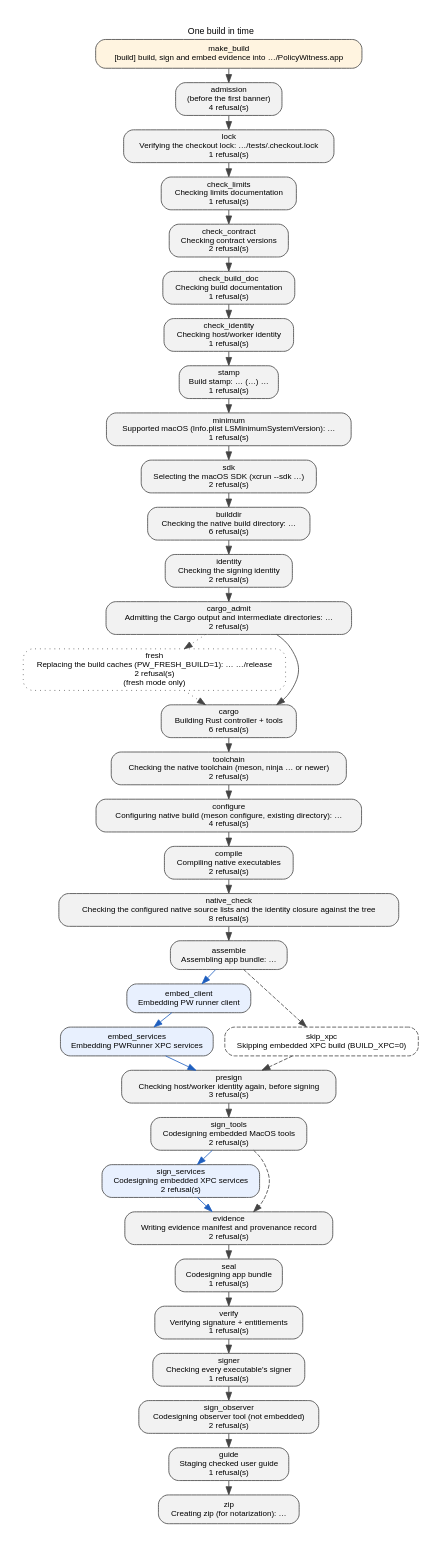
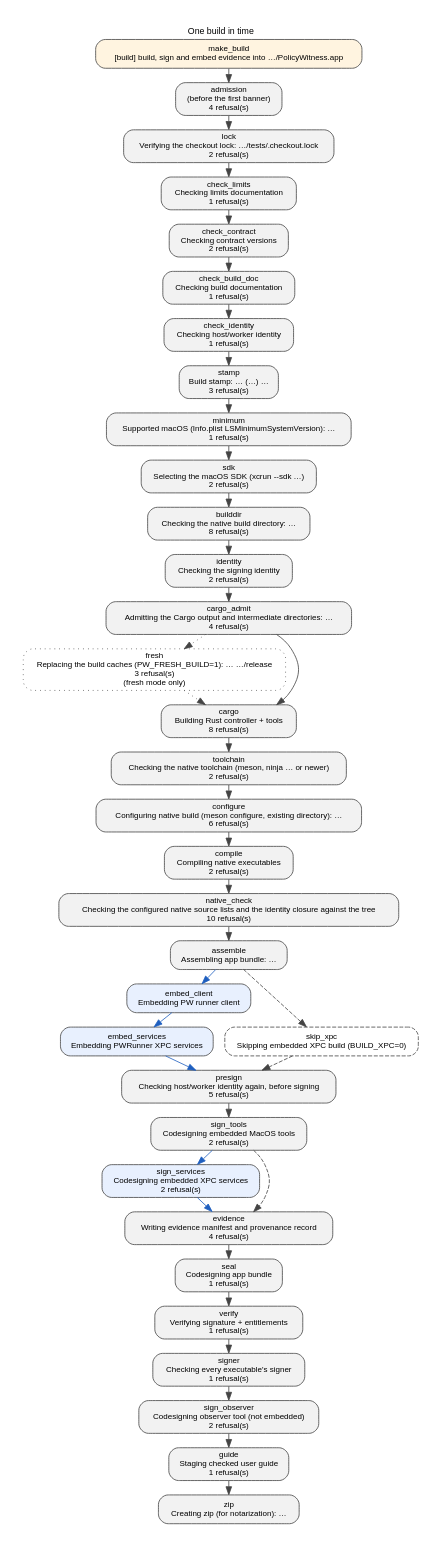
The diagram in docs/build-steps.dot (Protonk/PolicyWitness), drawn with Graphviz before and after one commit. The commit also changed 35 other files, not shown here.

```diff
--- a/docs/build-steps.dot
+++ b/docs/build-steps.dot
@@ -3,32 +3,32 @@
     node [fontname="Helvetica", fontsize=10, shape=box, style="rounded,filled", fillcolor="#f2f2f2", color="#444444"];
     edge [fontname="Helvetica", fontsize=9, color="#444444"];
     make_build [label="make_build\n[build] build, sign and embed evidence into …/PolicyWitness.app", URL="BUILD.md#one-build-in-time", tooltip="make_build: reads IDENTITY, DIST_DIR and, when the caller set it, PW_FRESH_BUILD from the make command line or environment; writes nothing; runs build.sh with them", fillcolor="#fff4e0"];
-    admission [label="admission\n(before the first banner)\n4 refusal(s)", URL="BUILD.md#one-build-in-time", tooltip="admission: reads BUILD_XPC, PW_INSPECTION, PW_FRESH_BUILD and the argument list (--help prints the usage and exits before any check, after the knobs are validated); whether each tracked input the build copies exists; tests/.checkout.lock, which the launcher takes before running the script again under it; writes the owner record in tests/.checkout.lock for as long as the build and its protected children hold it; nothing else"];
-    lock [label="lock\nVerifying the checkout lock: …/tests/.checkout.lock\n1 refusal(s)", URL="BUILD.md#one-build-in-time", tooltip="lock: reads the inherited lock descriptor and the claim the launcher left in the environment, verified against this checkout's lock file; writes nothing"];
+    admission [label="admission\n(before the first banner)\n4 refusal(s)", URL="BUILD.md#one-build-in-time", tooltip="admission: reads BUILD_XPC, PW_INSPECTION, PW_FRESH_BUILD and the argument list (--help prints the usage and exits before any check, after the knobs are validated); whether each tracked input the build copies exists; without a claim in the environment, the caller's SDKROOT, CPATH, LIBRARY_PATH, MANPATH and LC_CTYPE, recorded by the shell front end's builtins before any Python runs, and tests/.checkout.lock, which the owner it starts takes before supervising the script again under it; writes the owner record in tests/.checkout.lock (pid, start time and acquisition nonce) for as long as the owner and its protected children hold it; nothing else"];
+    lock [label="lock\nVerifying the checkout lock: …/tests/.checkout.lock\n2 refusal(s)", URL="BUILD.md#one-build-in-time", tooltip="lock: reads the owner's handoff over the channel the claim names: the held descriptor, open on this checkout's lock file, the acquisition nonce its owner record carries and the requests the owner bound to that acquisition; never the environment alone; writes SDKROOT, CPATH, LIBRARY_PATH, MANPATH and LC_CTYPE restored to the caller's recorded state; nothing on disk"];
     check_limits [label="check_limits\nChecking limits documentation\n1 refusal(s)", URL="BUILD.md#one-build-in-time", tooltip="check_limits: reads docs/limits.json and the documents it renders; writes nothing"];
     check_contract [label="check_contract\nChecking contract versions\n2 refusal(s)", URL="BUILD.md#one-build-in-time", tooltip="check_contract: reads docs/contract.json, docs/architecture.json and their generated copies; writes nothing"];
     check_build_doc [label="check_build_doc\nChecking build documentation\n1 refusal(s)", URL="BUILD.md#one-build-in-time", tooltip="check_build_doc: reads docs/build.json, build.sh, meson.build, the Makefile, the inventories, the baseline and the generated copies; writes nothing"];
     check_identity [label="check_identity\nChecking host/worker identity\n1 refusal(s)", URL="BUILD.md#one-build-in-time", tooltip="check_identity: reads the identity inputs and the three generated copies; writes nothing"];
-    stamp [label="stamp\nBuild stamp: … (…) …\n1 refusal(s)", URL="BUILD.md#one-build-in-time", tooltip="stamp: reads git describe, rev-parse and rev-list, or PW_VERSION and PW_BUILD_NUMBER from the environment; writes the four stamp variables for Cargo and the plists; controller/target/ and the build session file, opened with the stamp and the three knobs"];
+    stamp [label="stamp\nBuild stamp: … (…) …\n3 refusal(s)", URL="BUILD.md#one-build-in-time", tooltip="stamp: reads git describe, rev-parse and rev-list, or PW_VERSION and PW_BUILD_NUMBER from the environment; writes the four stamp variables for Cargo and the plists; after admitting builddir/, controller/target/, its release/ and the session destination, controller/target/ when it is missing and the build session file, opened with the stamp, the three knobs, the acquisition nonce and the owner's requests"];
     minimum [label="minimum\nSupported macOS (Info.plist LSMinimumSystemVersion): …\n1 refusal(s)", URL="BUILD.md#one-build-in-time", tooltip="minimum: reads LSMinimumSystemVersion in Info.plist; writes MACOSX_DEPLOYMENT_TARGET for Cargo"];
     sdk [label="sdk\nSelecting the macOS SDK (xcrun --sdk …)\n2 refusal(s)", URL="BUILD.md#one-build-in-time", tooltip="sdk: reads the SDK path and numeric version xcrun reports under DEVELOPER_DIR for the macosx default, or for the SDK a caller's SDKROOT names; writes SDKROOT for Cargo and Meson, resolved by xcrun, and the SDK version every shipped output must carry"];
-    builddir [label="builddir\nChecking the native build directory: …\n6 refusal(s)", URL="BUILD.md#one-build-in-time", tooltip="builddir: reads in incremental mode: builddir/meson-info/meson-info.json and builddir/pw-toolchain.json when the directory is configured, and the stamped SDK, developer directory, compiler commands and Rust compiler probed now; in fresh mode nothing, since the directory is replaced; writes the toolchain observation into the build session"];
+    builddir [label="builddir\nChecking the native build directory: …\n8 refusal(s)", URL="BUILD.md#one-build-in-time", tooltip="builddir: reads in incremental mode: builddir/meson-info/meson-info.json and builddir/pw-toolchain.json when the directory is configured, and the stamped SDK, developer directory, compiler commands and Rust compiler probed now; in fresh mode nothing, since the directory is replaced; writes the toolchain observation into the build session"];
     identity [label="identity\nChecking the signing identity\n2 refusal(s)", URL="BUILD.md#one-build-in-time", tooltip="identity: reads IDENTITY and the keychain listing; the knobs, for Meson's options and RUSTFLAGS; writes RUSTFLAGS, when inspection is on and it was unset or empty, and the record of who set it"];
-    cargo_admit [label="cargo_admit\nAdmitting the Cargo output and intermediate directories: …\n2 refusal(s)", URL="BUILD.md#one-build-in-time", tooltip="cargo_admit: reads cargo metadata's report of the target and build directories under the pinned target directory, with the caller's Cargo environment and configuration; writes the admission into the build session"];
-    fresh [label="fresh\nReplacing the build caches (PW_FRESH_BUILD=1): … …/release\n2 refusal(s)\n(fresh mode only)", URL="BUILD.md#one-build-in-time", tooltip="fresh: reads every path component of builddir/ and controller/target/release/ below the checkout: a real directory of this user, or absent; writes removes both directories; records each one's replacement in the build session; nothing else is removed", style="rounded,dotted", fillcolor="#fdf2f2"];
-    cargo [label="cargo\nBuilding Rust controller + tools\n6 refusal(s)", URL="BUILD.md#one-build-in-time", tooltip="cargo: reads cargo on PATH with its configuration, caches and registries; controller/ sources, the stamp variables, MACOSX_DEPLOYMENT_TARGET, SDKROOT and RUSTFLAGS; the artifact paths and per-target reuse judgments Cargo reports, and Cargo's fingerprint for each shipped target; writes controller/target/release/ under the pinned output directory, the messages file Cargo reports its artifacts in, and the judgments into the build session"];
+    cargo_admit [label="cargo_admit\nAdmitting the Cargo output and intermediate directories: …\n4 refusal(s)", URL="BUILD.md#one-build-in-time", tooltip="cargo_admit: reads cargo metadata's report of the target and build directories under the pinned target directory, with the caller's Cargo environment and configuration; writes the admission into the build session"];
+    fresh [label="fresh\nReplacing the build caches (PW_FRESH_BUILD=1): … …/release\n3 refusal(s)\n(fresh mode only)", URL="BUILD.md#one-build-in-time", tooltip="fresh: reads builddir/ and controller/target/release/, admitted again with every component below the checkout a real directory of this user, or absent, both before either is removed, and rechecked before each removal; writes removes both directories through their admitted descriptors; records each one's replacement in the build session; nothing else is removed", style="rounded,dotted", fillcolor="#fdf2f2"];
+    cargo [label="cargo\nBuilding Rust controller + tools\n8 refusal(s)", URL="BUILD.md#one-build-in-time", tooltip="cargo: reads cargo on PATH with its configuration, caches and registries; controller/ sources, the stamp variables, MACOSX_DEPLOYMENT_TARGET, SDKROOT and RUSTFLAGS; the artifact paths and per-target reuse judgments Cargo reports, and Cargo's fingerprint for each shipped target; writes controller/target/release/ under the pinned output directory, the messages file Cargo reports its artifacts in, and the judgments into the build session"];
     toolchain [label="toolchain\nChecking the native toolchain (meson, ninja … or newer)\n2 refusal(s)", URL="BUILD.md#one-build-in-time", tooltip="toolchain: reads meson and ninja on PATH and ninja's version; writes nothing"];
-    configure [label="configure\nConfiguring native build (meson configure, existing directory): …\n4 refusal(s)", URL="BUILD.md#one-build-in-time", tooltip="configure: reads whether builddir/build.ninja exists, meson.build, meson.options and the two Meson options; a fresh setup also reads CFLAGS and the other flag variables, and the compilers Meson selected; writes builddir/ configuration; a fresh setup publishes builddir/pw-toolchain.json atomically from the selected compilers, SDK and Rust compiler; meson configure records the two options and the policy assertions run at setup or at the regeneration the next compile triggers"];
+    configure [label="configure\nConfiguring native build (meson configure, existing directory): …\n6 refusal(s)", URL="BUILD.md#one-build-in-time", tooltip="configure: reads whether builddir/build.ninja exists, meson.build, meson.options and the two Meson options; a fresh setup also reads CFLAGS and the other flag variables, and the compilers Meson selected; writes builddir/ configuration; a fresh setup publishes builddir/pw-toolchain.json atomically from the selected compilers, SDK and Rust compiler; meson configure records the two options and the policy assertions run at setup or at the regeneration the next compile triggers"];
     compile [label="compile\nCompiling native executables\n2 refusal(s)", URL="BUILD.md#one-build-in-time", tooltip="compile: reads the native sources through builddir/; a changed option triggers regeneration, which runs the policy assertions first; writes builddir/ outputs and the Swift module cache under it"];
-    native_check [label="native_check\nChecking the configured native source lists and the identity closure against the tree\n8 refusal(s)", URL="BUILD.md#one-build-in-time", tooltip="native_check: reads Meson's introspection of builddir/, Ninja's dependency log, the identity inputs, the stamp and the compilers the directory records, and every shipped output's load commands; writes builddir/pw-toolchain.json extended with the Swift compiler a reused directory discovered when this build enabled the XPC pieces, atomically and without changing another field; the toolchain, option and SDK observations into the build session"];
+    native_check [label="native_check\nChecking the configured native source lists and the identity closure against the tree\n10 refusal(s)", URL="BUILD.md#one-build-in-time", tooltip="native_check: reads Meson's introspection of builddir/, Ninja's dependency log, the identity inputs, the stamp and the compilers the directory records, and every shipped output's load commands; writes builddir/pw-toolchain.json extended with the Swift compiler a reused directory discovered when this build enabled the XPC pieces, atomically and without changing another field; the toolchain, option and SDK observations into the build session"];
     assemble [label="assemble\nAssembling app bundle: …", URL="BUILD.md#one-build-in-time", tooltip="assemble: reads Info.plist, the three Rust outputs, runner/augments/, dist/README.md and dist/AGENTS.md, all admitted before the first check; writes the two documents under DIST_DIR; removes the previous app, ZIP and guide; the stamped Info.plist, the three Rust executables and the augments under the new app"];
     embed_client [label="embed_client\nEmbedding PW runner client", URL="BUILD.md#one-build-in-time", tooltip="embed_client: reads builddir/pw-runner-client; writes Contents/MacOS/pw-runner-client and its dSYM in inspection builds", fillcolor="#e8f0fe"];
     embed_services [label="embed_services\nEmbedding PWRunner XPC services", URL="BUILD.md#one-build-in-time", tooltip="embed_services: reads each service's Info.plist and builddir/ host, the worker, validator and issuer; writes each service bundle: its stamped Info.plist, the host with its dSYM in inspection builds, the worker, validator and issuer", fillcolor="#e8f0fe"];
     skip_xpc [label="skip_xpc\nSkipping embedded XPC build (BUILD_XPC=0)", URL="BUILD.md#one-build-in-time", tooltip="skip_xpc: reads nothing; writes nothing", style="rounded,dashed", fillcolor="white"];
-    presign [label="presign\nChecking host/worker identity again, before signing\n3 refusal(s)", URL="BUILD.md#one-build-in-time", tooltip="presign: reads the identity inputs and copies, the generated identity in tests/lib/contract.py and the built worker's --version report; writes nothing"];
+    presign [label="presign\nChecking host/worker identity again, before signing\n5 refusal(s)", URL="BUILD.md#one-build-in-time", tooltip="presign: reads the identity inputs and copies, the generated identity in tests/lib/contract.py and the built worker's --version report; writes nothing"];
     sign_tools [label="sign_tools\nCodesigning embedded MacOS tools\n2 refusal(s)", URL="BUILD.md#one-build-in-time", tooltip="sign_tools: reads the copied top-level helpers; writes signatures on the top-level helpers"];
     sign_services [label="sign_services\nCodesigning embedded XPC services\n2 refusal(s)", URL="BUILD.md#one-build-in-time", tooltip="sign_services: reads each service's Entitlements.plist, admitted before the first check, and the assembled bundle; writes signatures on the nested helpers, then each service seal", fillcolor="#e8f0fe"];
-    evidence [label="evidence\nWriting evidence manifest and provenance record\n2 refusal(s)", URL="BUILD.md#one-build-in-time", tooltip="evidence: reads the signed bytes, entitlements and exported symbols of the helpers, services and augments; the build session; every shipped output's load commands and signature display; writes Contents/Resources/Evidence/manifest.json, symbols.json and provenance.json, the manifest listing the other two"];
+    evidence [label="evidence\nWriting evidence manifest and provenance record\n4 refusal(s)", URL="BUILD.md#one-build-in-time", tooltip="evidence: reads the signed bytes, entitlements and exported symbols of the helpers, services and augments; the build session; every shipped output's load commands and signature display; writes Contents/Resources/Evidence/manifest.json, symbols.json and provenance.json, the manifest listing the other two"];
     seal [label="seal\nCodesigning app bundle\n1 refusal(s)", URL="BUILD.md#one-build-in-time", tooltip="seal: reads PolicyWitness.entitlements; writes the app seal over everything under Contents/"];
     verify [label="verify\nVerifying signature + entitlements\n1 refusal(s)", URL="BUILD.md#one-build-in-time", tooltip="verify: reads the sealed app; writes nothing"];
     signer [label="signer\nChecking every executable's signer\n1 refusal(s)", URL="BUILD.md#one-build-in-time", tooltip="signer: reads every regular file under the app's and each service's Contents/MacOS, and the app and service seals, as codesign displays them; writes nothing"];
```
